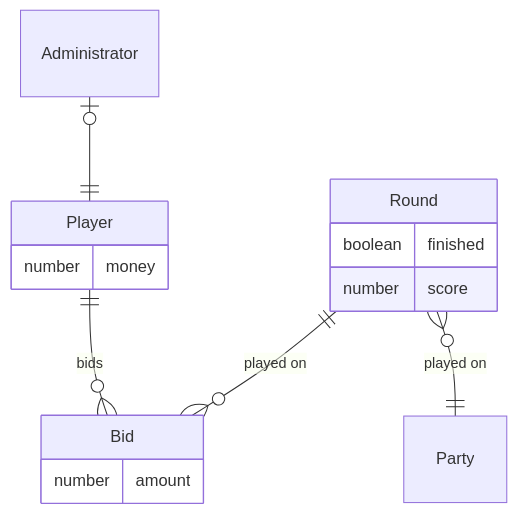
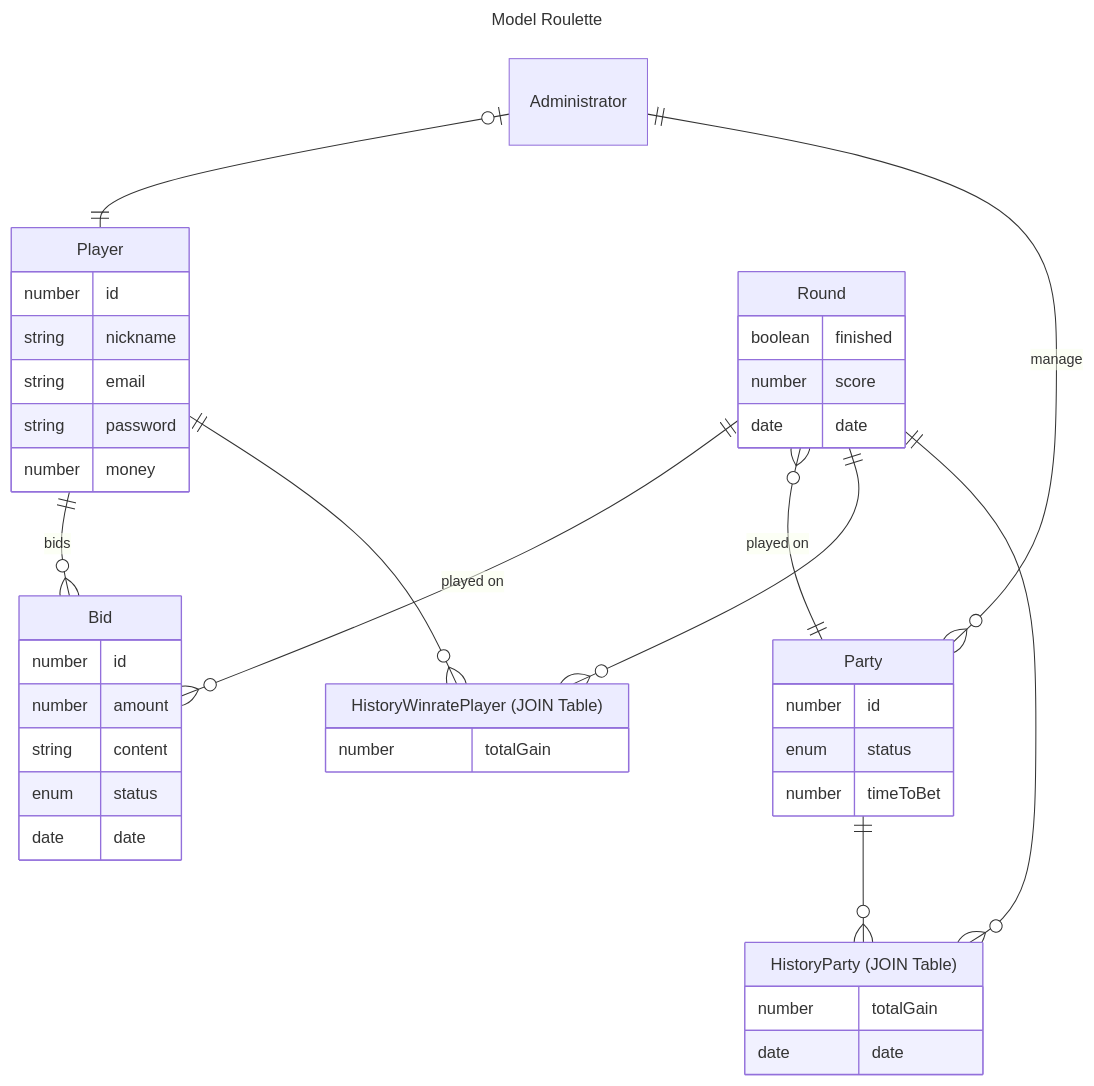
The diagram in README.md (HugoMendes98/HES_ASAD-roulette), drawn with Mermaid before and after one commit.

Commit message:
Update ER Diagram

````diff
--- a/README.md
+++ b/README.md
@@ -30,29 +30,65 @@
 ```mermaid
+---
+title: Model Roulette
+---
+
 erDiagram
  Player {
+  number id
+  string nickname
+  string email
+  string password
   number money
  }
 
  Bid {
+  number id 
   number amount
+  string content
+  enum status
+  date date
  }
 
  Round {
   boolean finished
   number score
+  date date
  }
 
  Party {
-
+  number id
+  enum status
+  number timeToBet
+  
  }
 
  Administrator {
+  
+ }
 
+ HistoryWinratePlayer["HistoryWinratePlayer (JOIN Table)"] {
+   number totalGain
  }
+
+HistoryParty["HistoryParty (JOIN Table)"]{
+number totalGain
+date date   
+}
+
+ 
 
  Player ||--o{ Bid : bids
  Round ||--o{ Bid : "played on"
  Round }o--|| Party : "played on"
 
  Administrator |o--|| Player : ""
+ Administrator ||--o{ Party : "manage"
+
+ Player ||--o{ HistoryWinratePlayer : ""
+ Round ||--o{ HistoryWinratePlayer : ""
+
+ Party ||--o{ HistoryParty : ""
+ Round ||--o{ HistoryParty : ""
+
+
 ```
````
